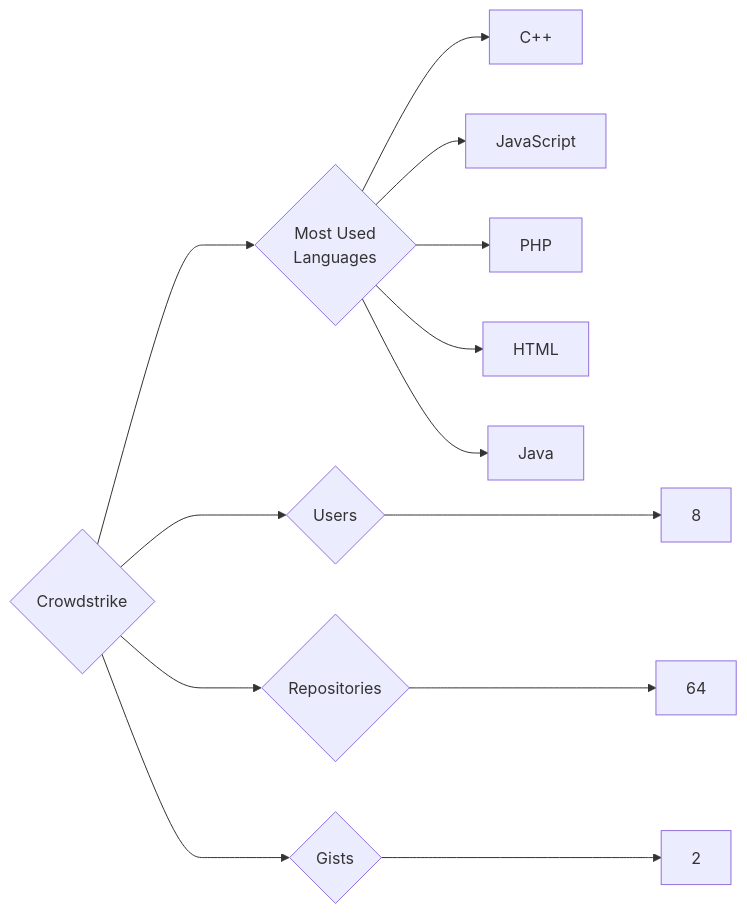
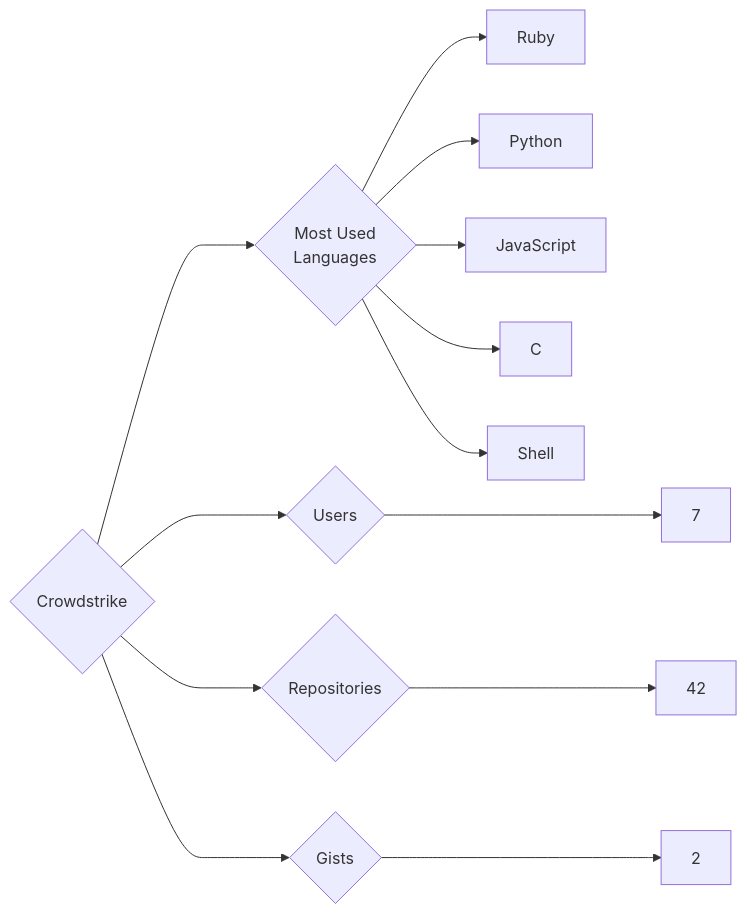
The diagram in targets/Crowdstrike/README.md (trickest/insiders), drawn with Mermaid before and after one commit. The commit also changed 1120 other files, not shown here.

````diff
--- a/targets/Crowdstrike/README.md
+++ b/targets/Crowdstrike/README.md
@@ -3,13 +3,13 @@
 ```mermaid
 graph LR
 COMPANY_NAME{Crowdstrike}
-COMPANY_NAME ---> U{Users} ---> UN[8]
-COMPANY_NAME ---> R{Repositories} ---> RN[64]
+COMPANY_NAME ---> U{Users} ---> UN[7]
+COMPANY_NAME ---> R{Repositories} ---> RN[42]
 COMPANY_NAME ---> G{Gists} ---> GN[2]
 COMPANY_NAME ---> ML{Most Used<br>Languages}
-ML --> C++[C++]
+ML --> Ruby[Ruby]
+ML --> Python[Python]
 ML --> JavaScript[JavaScript]
-ML --> PHP[PHP]
-ML --> HTML[HTML]
-ML --> Java[Java]
+ML --> C[C]
+ML --> Shell[Shell]
 ```
````
